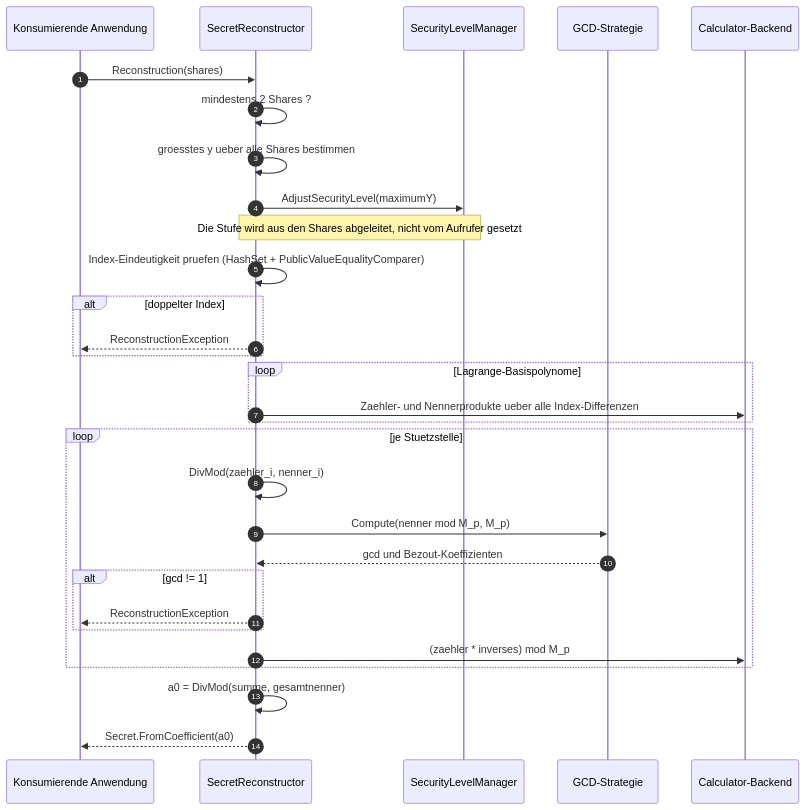
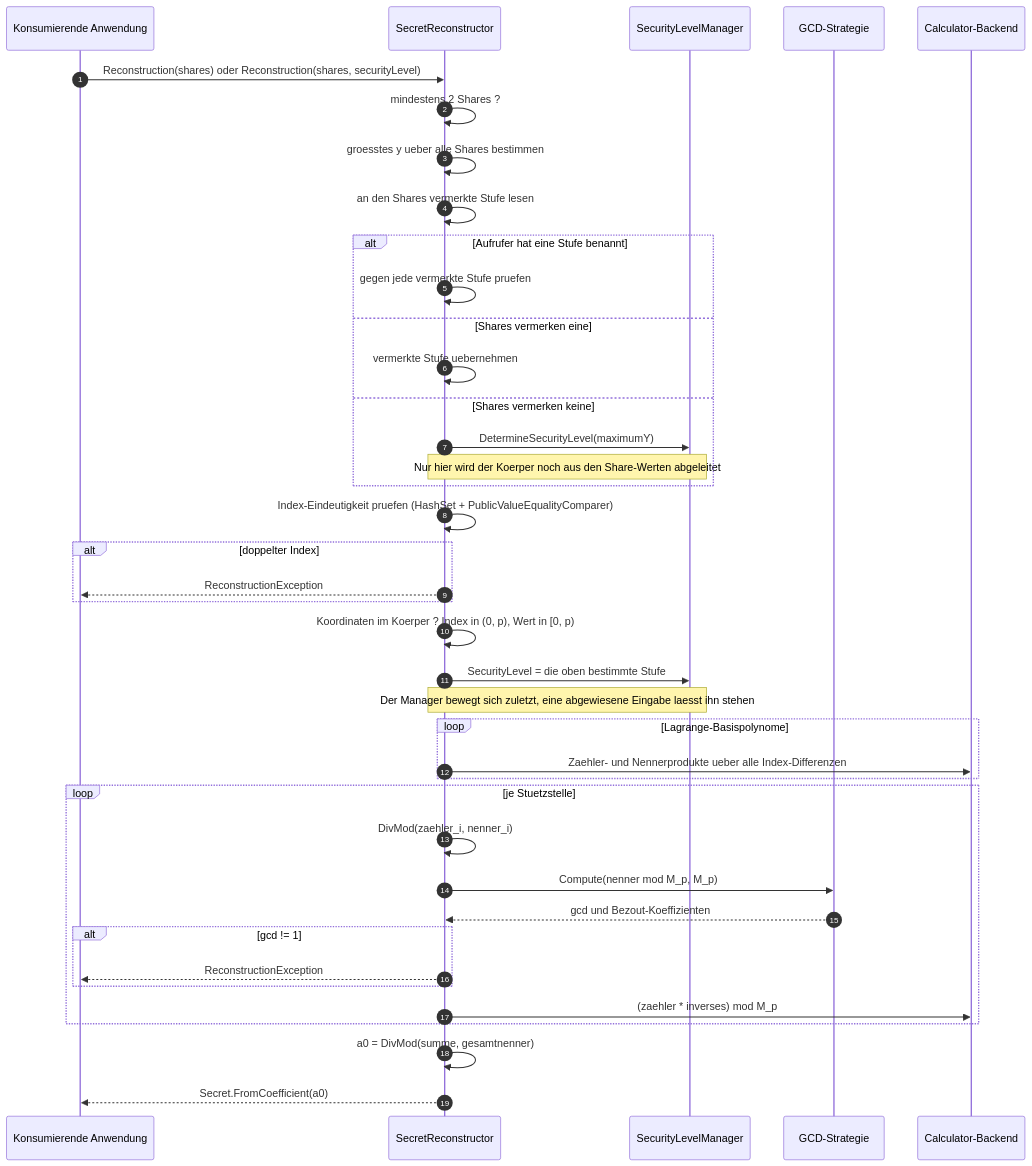
Before and after one commit to shinji-san/SecretSharingDotNet: the seventh of 10 diagrams in docs/architecture/arc42.de.md, drawn with Mermaid. The commit also changed other lines of this file and 3 other files, not shown here.

````diff
--- a/docs/architecture/arc42.de.md
+++ b/docs/architecture/arc42.de.md
@@ -613,33 +658,43 @@
 ```mermaid
 sequenceDiagram
     autonumber
     participant App as Konsumierende Anwendung
     participant Rec as SecretReconstructor
     participant SLM as SecurityLevelManager
     participant GCD as GCD-Strategie
     participant Calc as Calculator-Backend
 
-    App->>Rec: Reconstruction(shares)
+    App->>Rec: Reconstruction(shares) oder Reconstruction(shares, securityLevel)
     Rec->>Rec: mindestens 2 Shares ?
     Rec->>Rec: groesstes y ueber alle Shares bestimmen
-    Rec->>SLM: AdjustSecurityLevel(maximumY)
-    Note over Rec,SLM: Die Stufe wird aus den Shares abgeleitet, nicht vom Aufrufer gesetzt
+    Rec->>Rec: an den Shares vermerkte Stufe lesen
+    alt Aufrufer hat eine Stufe benannt
+        Rec->>Rec: gegen jede vermerkte Stufe pruefen
+    else Shares vermerken eine
+        Rec->>Rec: vermerkte Stufe uebernehmen
+    else Shares vermerken keine
+        Rec->>SLM: DetermineSecurityLevel(maximumY)
+        Note over Rec,SLM: Nur hier wird der Koerper noch aus den Share-Werten abgeleitet
+    end
     Rec->>Rec: Index-Eindeutigkeit pruefen (HashSet + PublicValueEqualityComparer)
     alt doppelter Index
         Rec-->>App: ReconstructionException
     end
+    Rec->>Rec: Koordinaten im Koerper ? Index in (0, p), Wert in [0, p)
+    Rec->>SLM: SecurityLevel = die oben bestimmte Stufe
+    Note over Rec,SLM: Der Manager bewegt sich zuletzt, eine abgewiesene Eingabe laesst ihn stehen
     loop Lagrange-Basispolynome
         Rec->>Calc: Zaehler- und Nennerprodukte ueber alle Index-Differenzen
     end
     loop je Stuetzstelle
         Rec->>Rec: DivMod(zaehler_i, nenner_i)
         Rec->>GCD: Compute(nenner mod M_p, M_p)
         GCD-->>Rec: gcd und Bezout-Koeffizienten
         alt gcd != 1
             Rec-->>App: ReconstructionException
         end
         Rec->>Calc: (zaehler * inverses) mod M_p
     end
     Rec->>Rec: a0 = DivMod(summe, gesamtnenner)
     Rec-->>App: Secret.FromCoefficient(a0)
 ```
````
